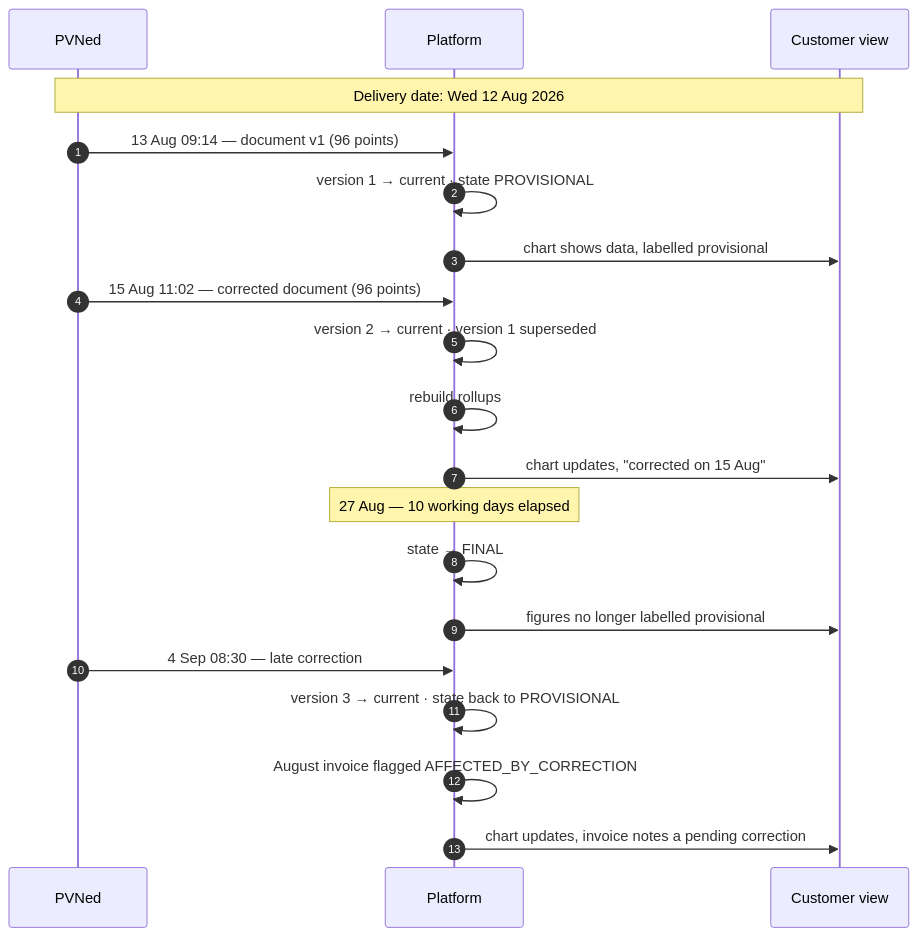
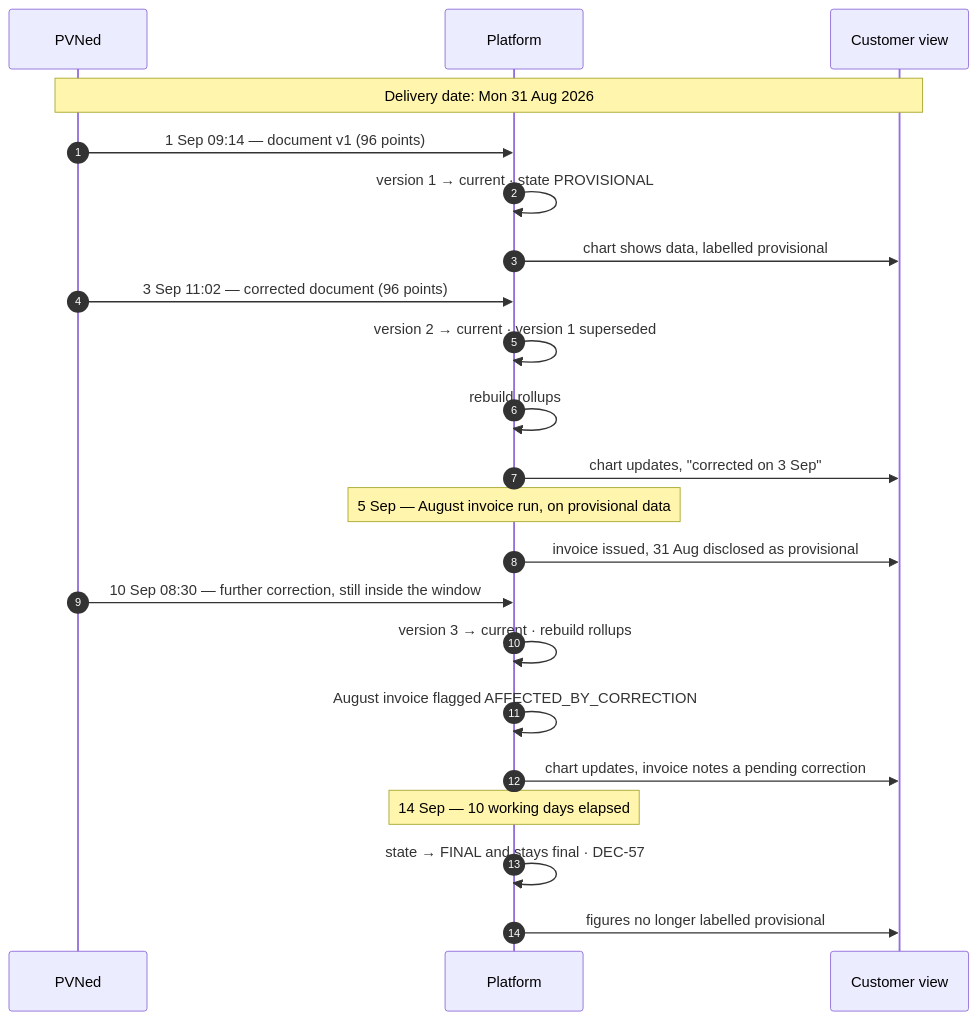
Before and after one commit to lukastosic-ifd/peakpowerspecs: the second of 4 diagrams in specs/40-processes/02-metering-data-flow.md, drawn with Mermaid. The commit also changed other lines of this file and 43 other files, not shown here.

````diff
--- a/specs/40-processes/02-metering-data-flow.md
+++ b/specs/40-processes/02-metering-data-flow.md
@@ -56,27 +85,30 @@
 ```mermaid
 sequenceDiagram
     autonumber
     participant P as PVNed
     participant PL as Platform
     participant C as Customer view
 
-    Note over P,C: Delivery date: Wed 12 Aug 2026
+    Note over P,C: Delivery date: Mon 31 Aug 2026
 
-    P->>PL: 13 Aug 09:14 — document v1 (96 points)
+    P->>PL: 1 Sep 09:14 — document v1 (96 points)
     PL->>PL: version 1 → current · state PROVISIONAL
     PL->>C: chart shows data, labelled provisional
 
-    P->>PL: 15 Aug 11:02 — corrected document (96 points)
+    P->>PL: 3 Sep 11:02 — corrected document (96 points)
     PL->>PL: version 2 → current · version 1 superseded
     PL->>PL: rebuild rollups
-    PL->>C: chart updates, "corrected on 15 Aug"
+    PL->>C: chart updates, "corrected on 3 Sep"
 
-    Note over PL: 27 Aug — 10 working days elapsed
-    PL->>PL: state → FINAL
-    PL->>C: figures no longer labelled provisional
+    Note over PL: 5 Sep — August invoice run, on provisional data
+    PL->>C: invoice issued, 31 Aug disclosed as provisional
 
-    P->>PL: 4 Sep 08:30 — late correction
-    PL->>PL: version 3 → current · state back to PROVISIONAL
+    P->>PL: 10 Sep 08:30 — further correction, still inside the window
+    PL->>PL: version 3 → current · rebuild rollups
     PL->>PL: August invoice flagged AFFECTED_BY_CORRECTION
     PL->>C: chart updates, invoice notes a pending correction
+
+    Note over PL: 14 Sep — 10 working days elapsed
+    PL->>PL: state → FINAL and stays final · DEC-57
+    PL->>C: figures no longer labelled provisional
 ```
````
